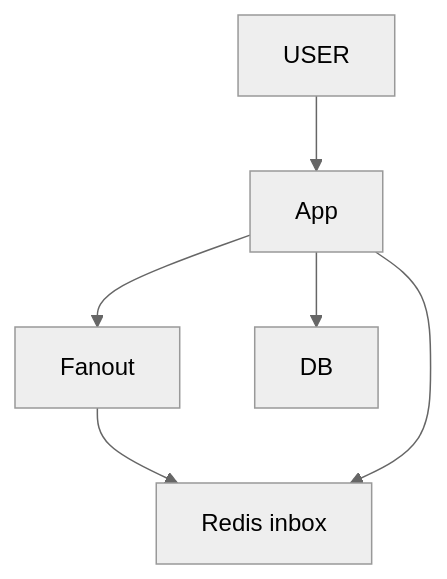
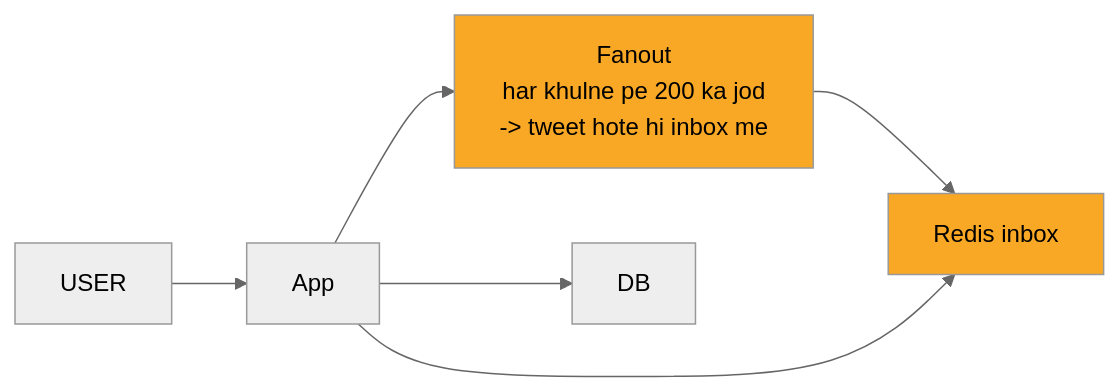
The second of 12 diagrams in 04_HLD/SYSTEM_DESIGNS/03_twitter_feed/03_twitter_feed.md (ArpanMaheshwari144/Prep), drawn with Mermaid (neutral theme) before and after one commit. The commit also changed other lines of this file and 2 other files, not shown here.

Commit message:
url shortener, rate limiter, twitter: one-day story, short cards, follow-ups with rules, highlighted diagrams

````diff
--- a/04_HLD/SYSTEM_DESIGNS/03_twitter_feed/03_twitter_feed.md
+++ b/04_HLD/SYSTEM_DESIGNS/03_twitter_feed/03_twitter_feed.md
@@ -88,13 +103,15 @@
 ```mermaid
-flowchart TD
+flowchart LR
     n_USER["USER"]
     n_App["App"]
-    n_Fanout["Fanout"]
+    n_Fanout["Fanout<br/>har khulne pe 200 ka jod<br/>-> tweet hote hi inbox me"]
     n_Redis_inbox["Redis inbox"]
     n_DB["DB"]
     n_USER --> n_App
     n_App --> n_Fanout
     n_App --> n_DB
     n_Fanout --> n_Redis_inbox
     n_App --> n_Redis_inbox
+    style n_Fanout fill:#f9a825,color:#000
+    style n_Redis_inbox fill:#f9a825,color:#000
 ```
````
